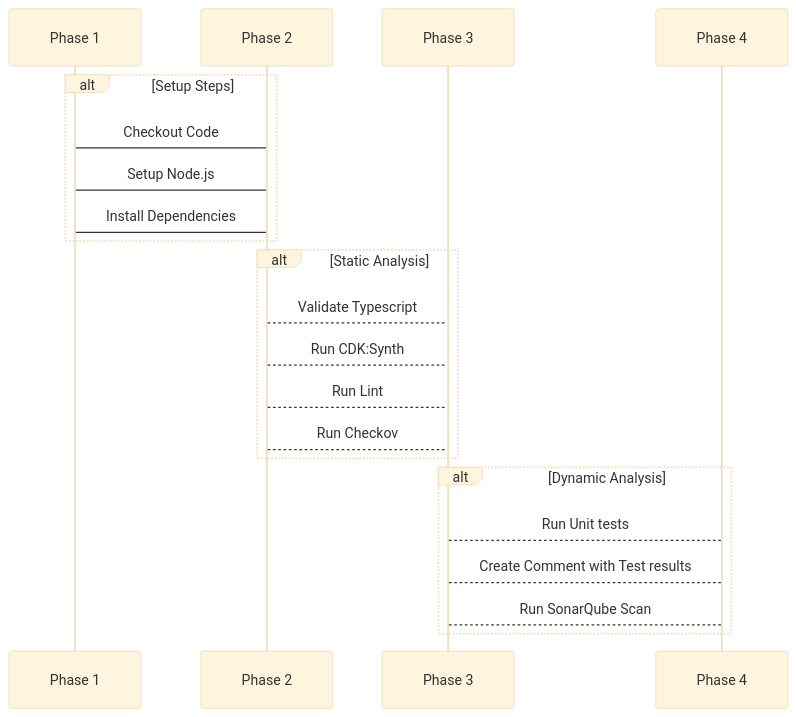
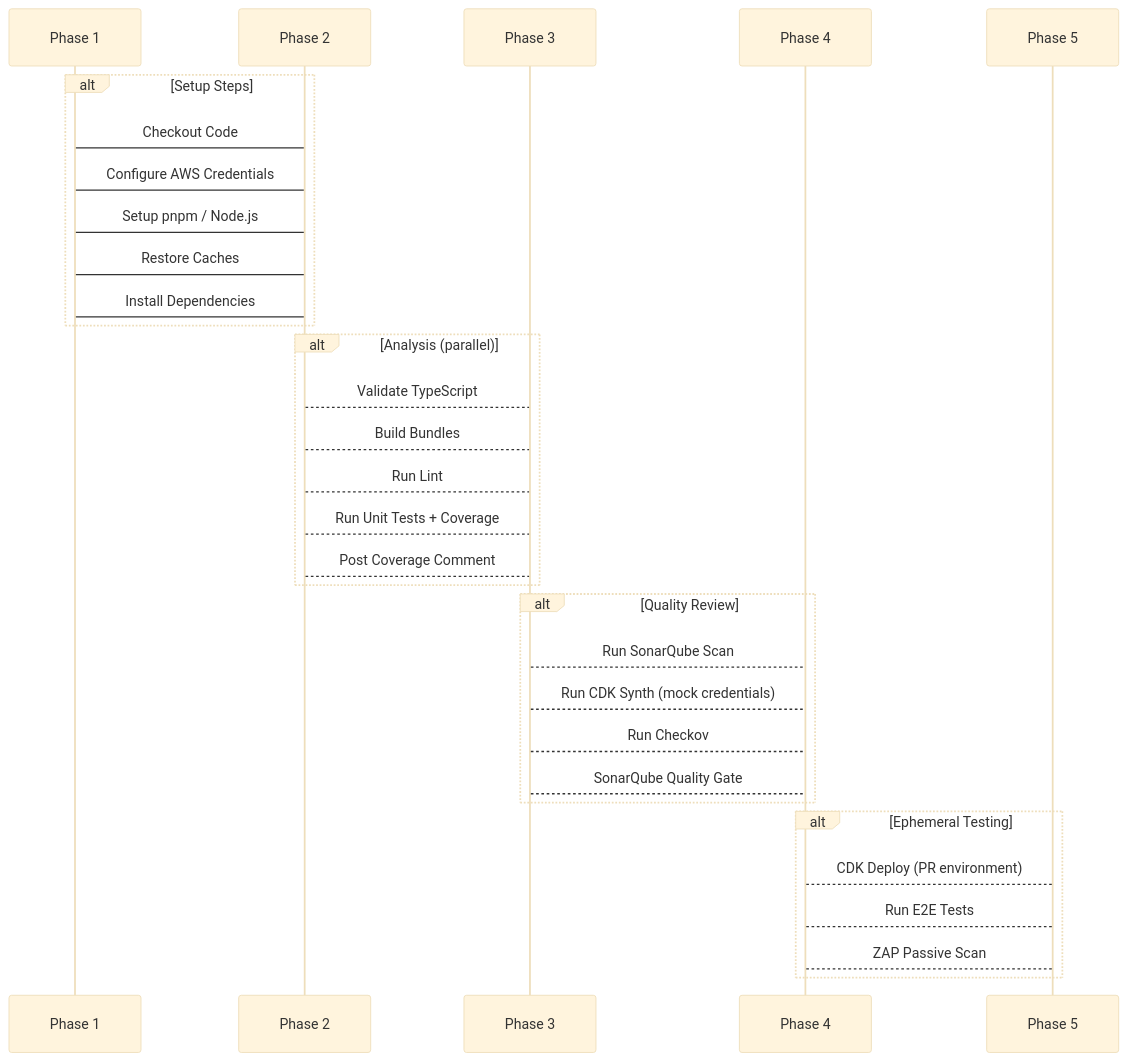
One commit to govuk-once/gds-unified-notification-service changed the first of 3 diagrams in docs/deployment.md. Above: the diagram before and after it, drawn with Mermaid (base theme). The commit also changed other lines of this file and 29 other files, not shown here.

````diff
--- a/docs/deployment.md
+++ b/docs/deployment.md
@@ -86,19 +107,28 @@
 ```mermaid
 sequenceDiagram
     alt Setup Steps
       Phase 1->Phase 2: Checkout Code
-      Phase 1->Phase 2: Setup Node.js
+      Phase 1->Phase 2: Configure AWS Credentials
+      Phase 1->Phase 2: Setup pnpm / Node.js
+      Phase 1->Phase 2: Restore Caches
       Phase 1->Phase 2: Install Dependencies
     end
-    alt Static Analysis
-      Phase 2-->Phase 3: Validate Typescript
-      Phase 2-->Phase 3: Run CDK:Synth
+    alt Analysis (parallel)
+      Phase 2-->Phase 3: Validate TypeScript
+      Phase 2-->Phase 3: Build Bundles
       Phase 2-->Phase 3: Run Lint
-      Phase 2-->Phase 3: Run Checkov
+      Phase 2-->Phase 3: Run Unit Tests + Coverage
+      Phase 2-->Phase 3: Post Coverage Comment
     end
-    alt Dynamic Analysis
-      Phase 3-->Phase 4: Run Unit tests
-      Phase 3-->Phase 4: Create Comment with Test results
+    alt Quality Review
       Phase 3-->Phase 4: Run SonarQube Scan
+      Phase 3-->Phase 4: Run CDK Synth (mock credentials)
+      Phase 3-->Phase 4: Run Checkov
+      Phase 3-->Phase 4: SonarQube Quality Gate
+    end
+    alt Ephemeral Testing
+      Phase 4-->Phase 5: CDK Deploy (PR environment)
+      Phase 4-->Phase 5: Run E2E Tests
+      Phase 4-->Phase 5: ZAP Passive Scan
     end
 ```
````
